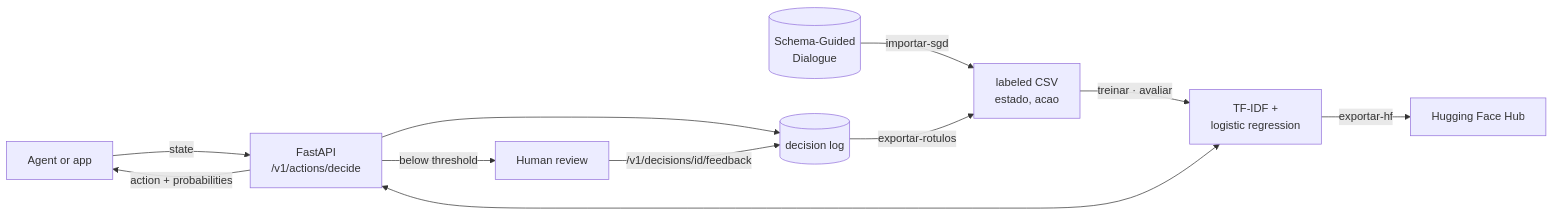
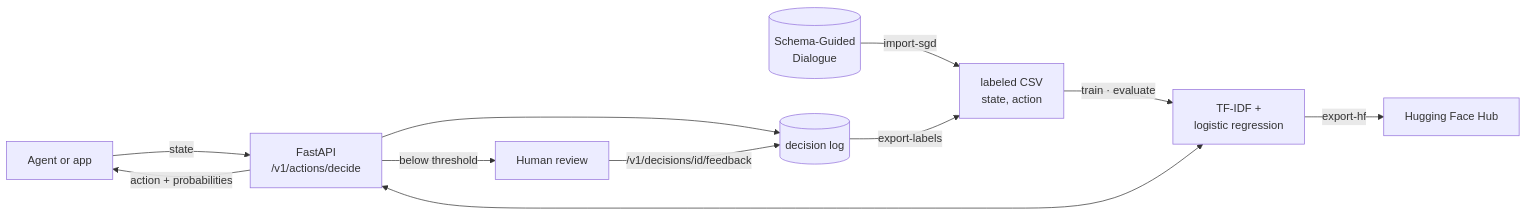
The diagram in README.md (leduardoaraujo/NextAction), drawn with Mermaid before and after one commit. The commit also changed other lines of this file and 49 other files, not shown here.

````diff
--- a/README.md
+++ b/README.md
@@ -45,13 +48,13 @@
 ```mermaid
 flowchart LR
-    SGD[(Schema-Guided<br/>Dialogue)] -->|importar-sgd| CSV[labeled CSV<br/>estado, acao]
-    CSV -->|treinar · avaliar| M[TF-IDF +<br/>logistic regression]
+    SGD[(Schema-Guided<br/>Dialogue)] -->|import-sgd| CSV[labeled CSV<br/>state, action]
+    CSV -->|train · evaluate| M[TF-IDF +<br/>logistic regression]
     Agent[Agent or app] -->|state| API[FastAPI<br/>/v1/actions/decide]
     API <--> M
     API -->|action + probabilities| Agent
     API -->|below threshold| Human[Human review]
     API --> Log[(decision log)]
     Human -->|/v1/decisions/id/feedback| Log
-    Log -->|exportar-rotulos| CSV
-    M -->|exportar-hf| Hub[Hugging Face Hub]
+    Log -->|export-labels| CSV
+    M -->|export-hf| Hub[Hugging Face Hub]
 ```
````
